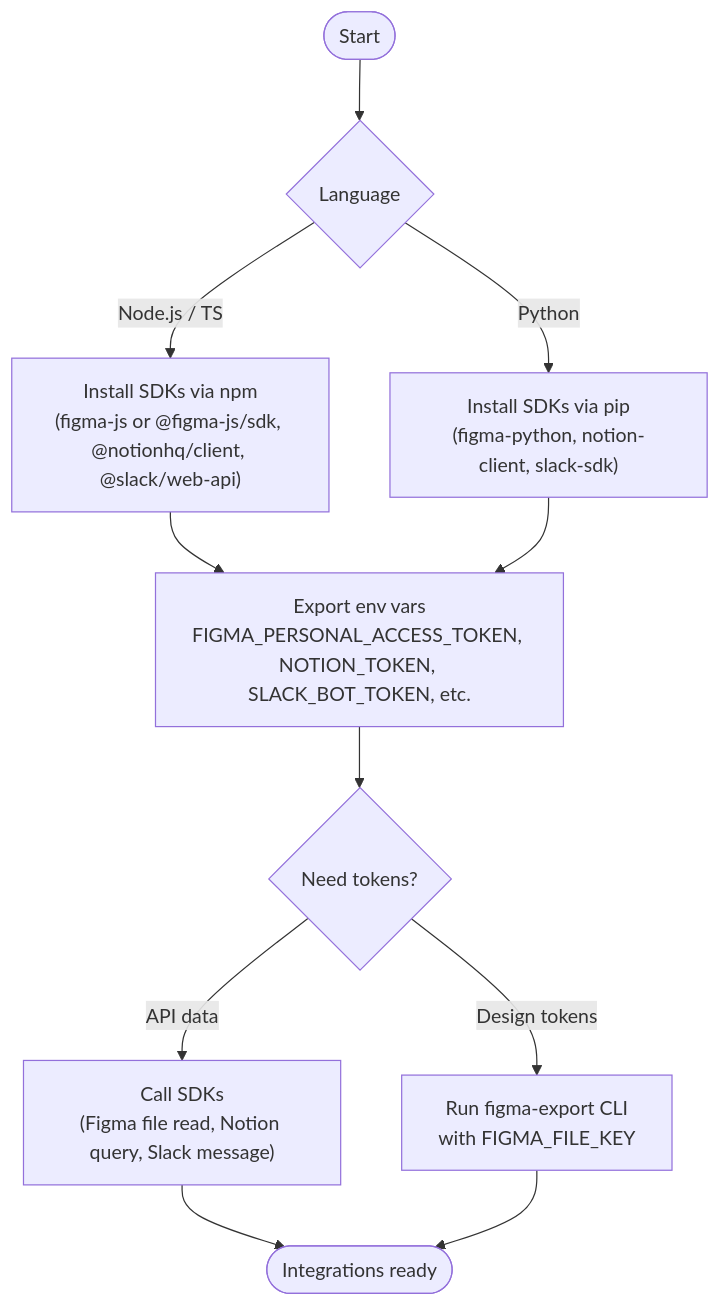
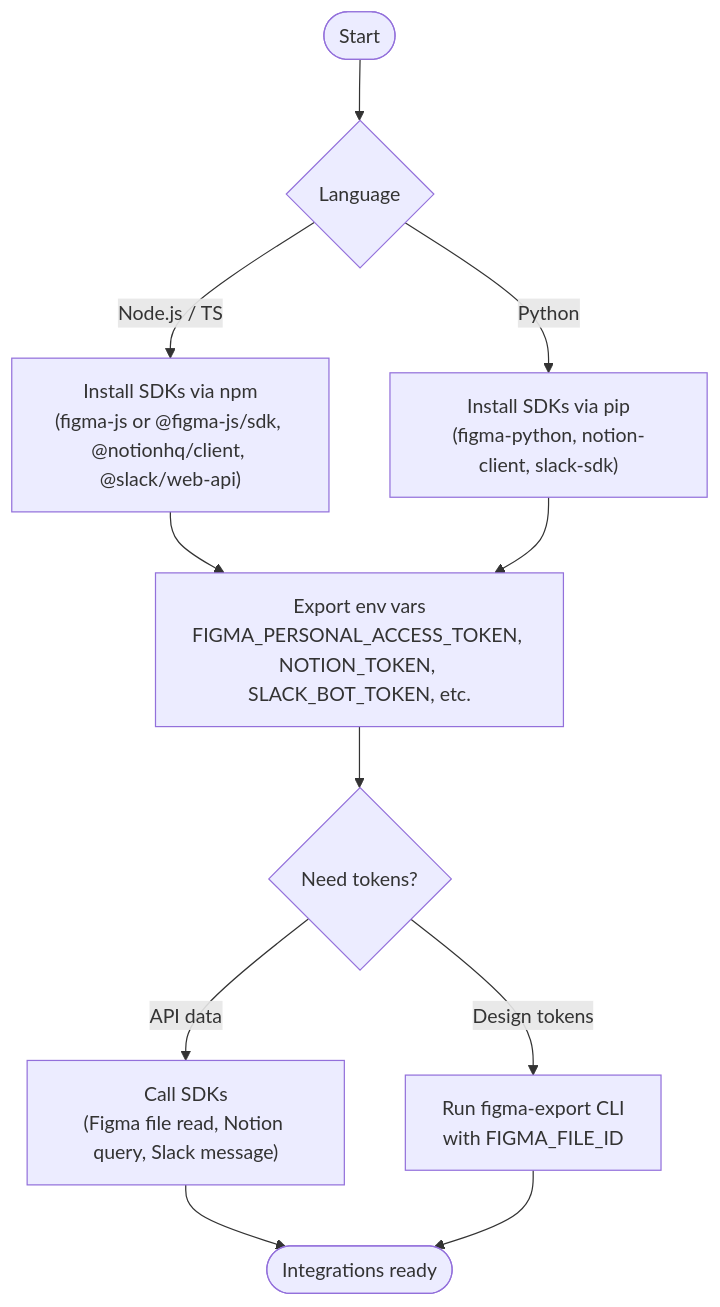
One commit to Arisofia/loans-analytics changed the second of 2 diagrams in docs/integrations.md. Above: the diagram before and after it, drawn with Mermaid. The commit also changed other lines of this file and 303 other files, not shown here.

````diff
--- a/docs/integrations.md
+++ b/docs/integrations.md
@@ -193,13 +193,13 @@
 ```mermaid
 flowchart TD
   Start([Start]) --> Lang{Language}
   Lang -->|Node.js / TS| NodeSetup["Install SDKs via npm\n(figma-js or @figma-js/sdk, @notionhq/client, @slack/web-api)"]
   Lang -->|Python| PySetup["Install SDKs via pip\n(figma-python, notion-client, slack-sdk)"]
   NodeSetup --> Env["Export env vars\nFIGMA_PERSONAL_ACCESS_TOKEN, NOTION_TOKEN, SLACK_BOT_TOKEN, etc."]
   PySetup --> Env
   Env --> Choice{Need tokens?}
-  Choice -->|Design tokens| FigmaExport["Run figma-export CLI\nwith FIGMA_FILE_KEY"]
+  Choice -->|Design tokens| FigmaExport["Run figma-export CLI\nwith FIGMA_FILE_ID"]
   Choice -->|API data| SDKUse["Call SDKs\n(Figma file read, Notion query, Slack message)"]
   SDKUse --> Done([Integrations ready])
   FigmaExport --> Done
 ```
````
